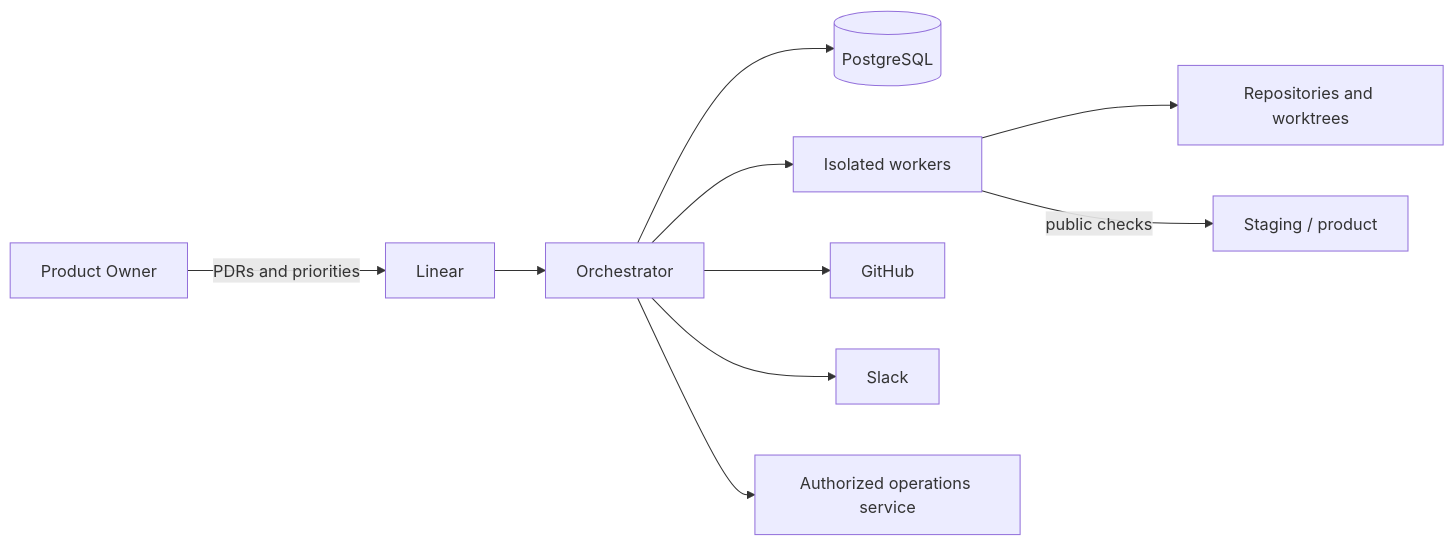
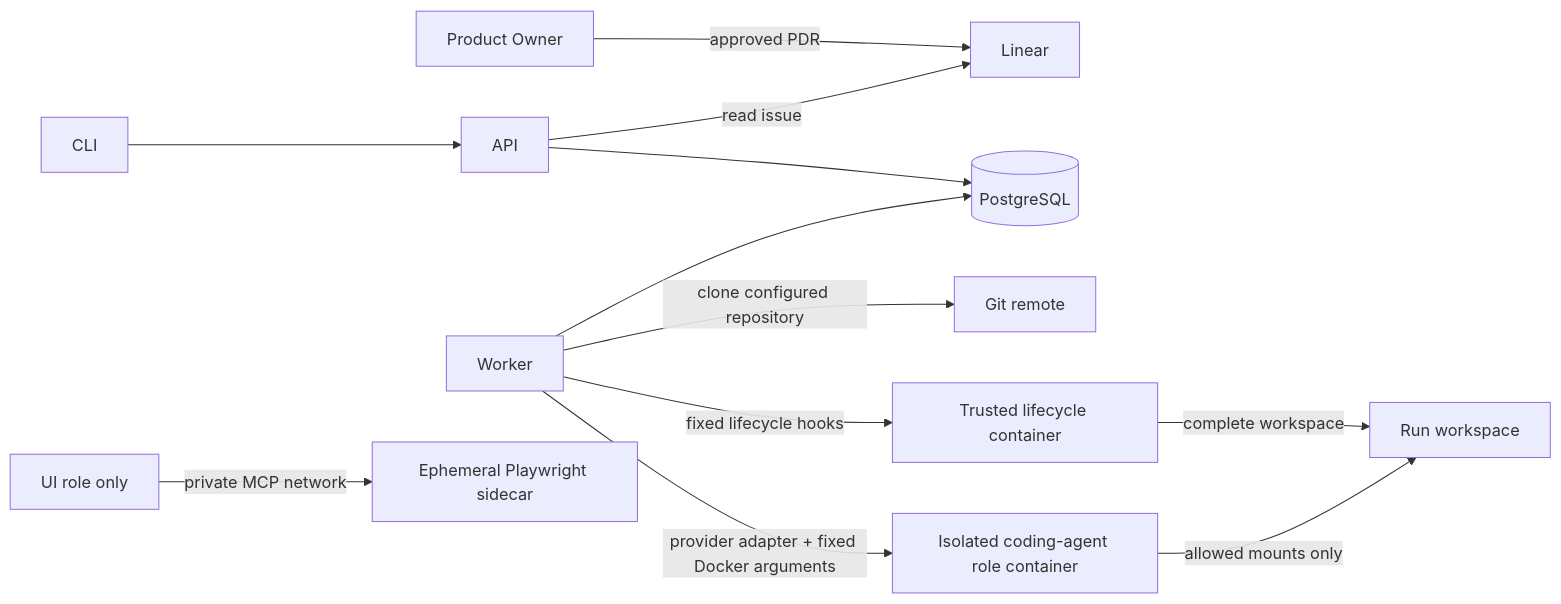
One commit to vriccobene/software-factory changed the diagram in docs/architecture.md. Above: the diagram before and after it, drawn with Mermaid. The commit also changed other lines of this file and 20 other files, not shown here.

````diff
--- a/docs/architecture.md
+++ b/docs/architecture.md
@@ -16,12 +7,14 @@
 ```mermaid
 flowchart LR
-    PO[Product Owner] -->|PDRs and priorities| Linear
-    Linear --> Orchestrator[Orchestrator]
-    Orchestrator --> Postgres[(PostgreSQL)]
-    Orchestrator --> Workers[Isolated workers]
-    Workers --> Repos[Repositories and worktrees]
-    Orchestrator --> GitHub
-    Orchestrator --> Slack
-    Orchestrator --> Ops[Authorized operations service]
-    Workers -->|public checks| Staging[Staging / product]
+    PO[Product Owner] -->|approved PDR| Linear
+    CLI --> API
+    API -->|read issue| Linear
+    API --> DB[(PostgreSQL)]
+    Worker --> DB
+    Worker -->|clone configured repository| Git[Git remote]
+    Worker -->|fixed lifecycle hooks| Lifecycle[Trusted lifecycle container]
+    Worker -->|provider adapter + fixed Docker arguments| Role[Isolated coding-agent role container]
+    Lifecycle -->|complete workspace| Workspace
+    Role -->|allowed mounts only| Workspace[Run workspace]
+    UIRole[UI role only] -->|private MCP network| Browser[Ephemeral Playwright sidecar]
 ```
````
